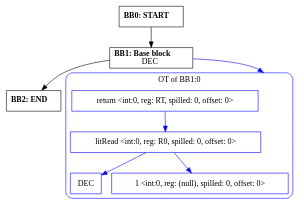
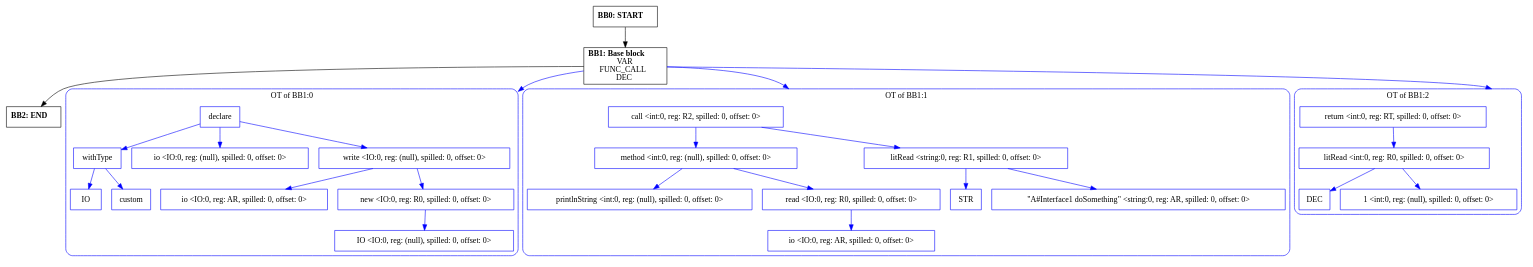
One commit to zavar152-cv/myLang-oop-compiler changed the diagram in outputs/cfg/oop/oop1.A.doSomething.dot. Above: the diagram before and after it, drawn with Graphviz. The commit also changed 20 other files, not shown here.

```diff
--- a/outputs/cfg/oop/oop1.A.doSomething.dot
+++ b/outputs/cfg/oop/oop1.A.doSomething.dot
@@ -1,26 +1,72 @@
 digraph CFG {
     compound=true;
     graph [splines=true];
     node [shape=rectangle];
 
     BB2 [label=<<B>BB2: END</B><BR ALIGN="CENTER"/>>];
-    BB1 [label=<<B>BB1: Base block</B><BR ALIGN="CENTER"/>DEC<BR ALIGN="CENTER"/>>];
+    BB1 [label=<<B>BB1: Base block</B><BR ALIGN="CENTER"/>VAR<BR ALIGN="CENTER"/>FUNC_CALL<BR ALIGN="CENTER"/>DEC<BR ALIGN="CENTER"/>>];
     subgraph cluster_instruction0 {
         label = "OT of BB1:0";
         style=rounded;
         color=blue;
         entry0 [shape=point, style=invis];
-        node0 [label="return <int:0, reg: RT, spilled: 0, offset: 0>", color=blue];
-        node1 [label="litRead <int:0, reg: R0, spilled: 0, offset: 0>", color=blue];
-        node2 [label="DEC", color=blue];
+        node0 [label="declare", color=blue];
+        node1 [label="withType", color=blue];
+        node2 [label="IO", color=blue];
         node1 -> node2[color=blue];
-        node3 [label="1 <int:0, reg: (null), spilled: 0, offset: 0>", color=blue];
+        node3 [label="custom", color=blue];
         node1 -> node3[color=blue];
         node0 -> node1[color=blue];
+        node4 [label="io <IO:0, reg: (null), spilled: 0, offset: 0>", color=blue];
+        node0 -> node4[color=blue];
+        node5 [label="write <IO:0, reg: (null), spilled: 0, offset: 0>", color=blue];
+        node6 [label="io <IO:0, reg: AR, spilled: 0, offset: 0>", color=blue];
+        node5 -> node6[color=blue];
+        node7 [label="new <IO:0, reg: R0, spilled: 0, offset: 0>", color=blue];
+        node8 [label="IO <IO:0, reg: (null), spilled: 0, offset: 0>", color=blue];
+        node7 -> node8[color=blue];
+        node5 -> node7[color=blue];
+        node0 -> node5[color=blue];
     }
     BB1 -> entry0 [lhead=cluster_instruction0, color=blue];
+    subgraph cluster_instruction1 {
+        label = "OT of BB1:1";
+        style=rounded;
+        color=blue;
+        entry1 [shape=point, style=invis];
+        node9 [label="call <int:0, reg: R2, spilled: 0, offset: 0>", color=blue];
+        node10 [label="method <int:0, reg: (null), spilled: 0, offset: 0>", color=blue];
+        node11 [label="printlnString <int:0, reg: (null), spilled: 0, offset: 0>", color=blue];
+        node10 -> node11[color=blue];
+        node12 [label="read <IO:0, reg: R0, spilled: 0, offset: 0>", color=blue];
+        node13 [label="io <IO:0, reg: AR, spilled: 0, offset: 0>", color=blue];
+        node12 -> node13[color=blue];
+        node10 -> node12[color=blue];
+        node9 -> node10[color=blue];
+        node14 [label="litRead <string:0, reg: R1, spilled: 0, offset: 0>", color=blue];
+        node15 [label="STR", color=blue];
+        node14 -> node15[color=blue];
+        node16 [label="\"A#Interface1 doSomething\" <string:0, reg: AR, spilled: 0, offset: 0>", color=blue];
+        node14 -> node16[color=blue];
+        node9 -> node14[color=blue];
+    }
+    BB1 -> entry1 [lhead=cluster_instruction1, color=blue];
+    subgraph cluster_instruction2 {
+        label = "OT of BB1:2";
+        style=rounded;
+        color=blue;
+        entry2 [shape=point, style=invis];
+        node17 [label="return <int:0, reg: RT, spilled: 0, offset: 0>", color=blue];
+        node18 [label="litRead <int:0, reg: R0, spilled: 0, offset: 0>", color=blue];
+        node19 [label="DEC", color=blue];
+        node18 -> node19[color=blue];
+        node20 [label="1 <int:0, reg: (null), spilled: 0, offset: 0>", color=blue];
+        node18 -> node20[color=blue];
+        node17 -> node18[color=blue];
+    }
+    BB1 -> entry2 [lhead=cluster_instruction2, color=blue];
     BB0 [label=<<B>BB0: START</B><BR ALIGN="CENTER"/>>];
 
     BB1 -> BB2;
     BB0 -> BB1;
 }
```
